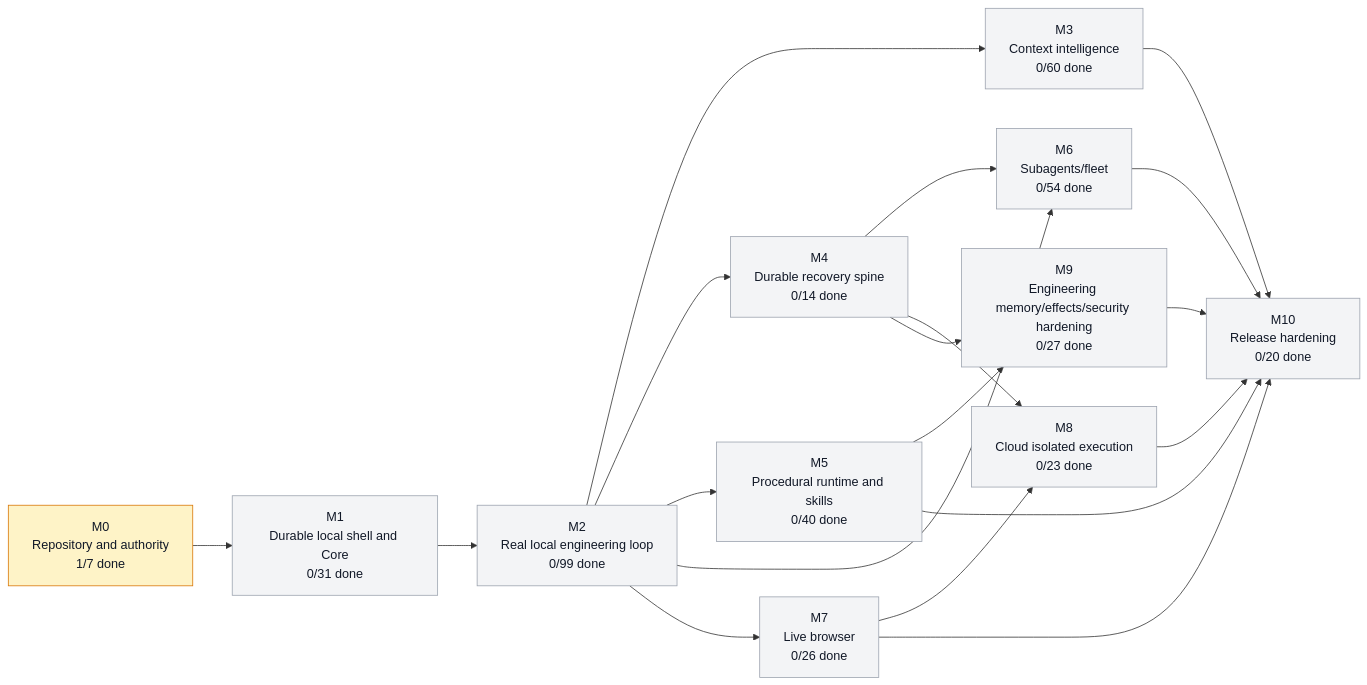
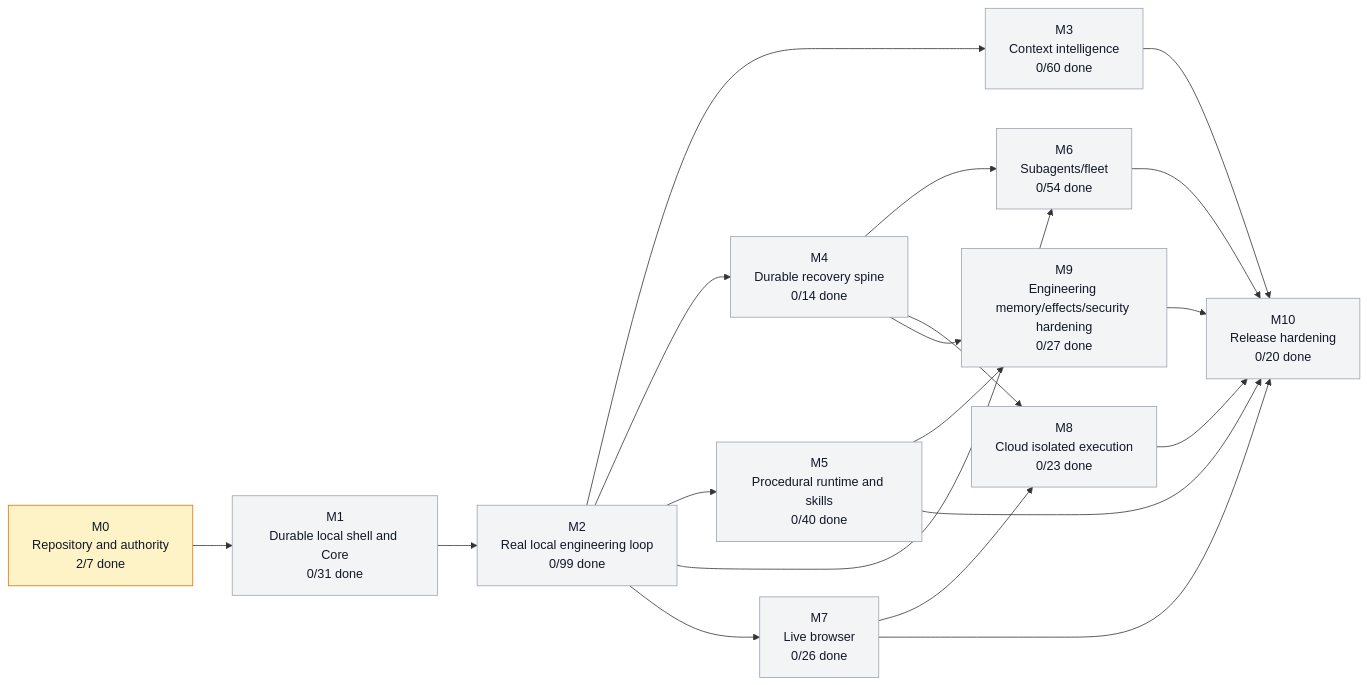
Before and after one commit to moss101/modbit: the first of 5 diagrams in graph/PROJECT_GRAPH.md, drawn with Mermaid. The commit also changed other lines of this file and 6 other files, not shown here.

````diff
--- a/graph/PROJECT_GRAPH.md
+++ b/graph/PROJECT_GRAPH.md
@@ -57,43 +57,43 @@
 ```mermaid
 flowchart LR
-  M0["M0<br/>Repository and authority<br/>1/7 done"]
+  M0["M0<br/>Repository and authority<br/>2/7 done"]
   M1["M1<br/>Durable local shell and Core<br/>0/31 done"]
   M2["M2<br/>Real local engineering loop<br/>0/99 done"]
   M3["M3<br/>Context intelligence<br/>0/60 done"]
   M4["M4<br/>Durable recovery spine<br/>0/14 done"]
   M5["M5<br/>Procedural runtime and skills<br/>0/40 done"]
   M6["M6<br/>Subagents/fleet<br/>0/54 done"]
   M7["M7<br/>Live browser<br/>0/26 done"]
   M8["M8<br/>Cloud isolated execution<br/>0/23 done"]
   M9["M9<br/>Engineering memory/effects/security hardening<br/>0/27 done"]
   M10["M10<br/>Release hardening<br/>0/20 done"]
   M0 --> M1
   M1 --> M2
   M2 --> M3
   M2 --> M4
   M2 --> M5
   M2 --> M6
   M4 --> M6
   M2 --> M7
   M4 --> M8
   M7 --> M8
   M4 --> M9
   M5 --> M9
   M3 --> M10
   M5 --> M10
   M6 --> M10
   M7 --> M10
   M8 --> M10
   M9 --> M10
   style M0 fill:#fef3c7,stroke:#d97706,color:#111827
   style M1 fill:#f3f4f6,stroke:#9ca3af,color:#111827
   style M2 fill:#f3f4f6,stroke:#9ca3af,color:#111827
   style M3 fill:#f3f4f6,stroke:#9ca3af,color:#111827
   style M4 fill:#f3f4f6,stroke:#9ca3af,color:#111827
   style M5 fill:#f3f4f6,stroke:#9ca3af,color:#111827
   style M6 fill:#f3f4f6,stroke:#9ca3af,color:#111827
   style M7 fill:#f3f4f6,stroke:#9ca3af,color:#111827
   style M8 fill:#f3f4f6,stroke:#9ca3af,color:#111827
   style M9 fill:#f3f4f6,stroke:#9ca3af,color:#111827
   style M10 fill:#f3f4f6,stroke:#9ca3af,color:#111827
 ```
````
